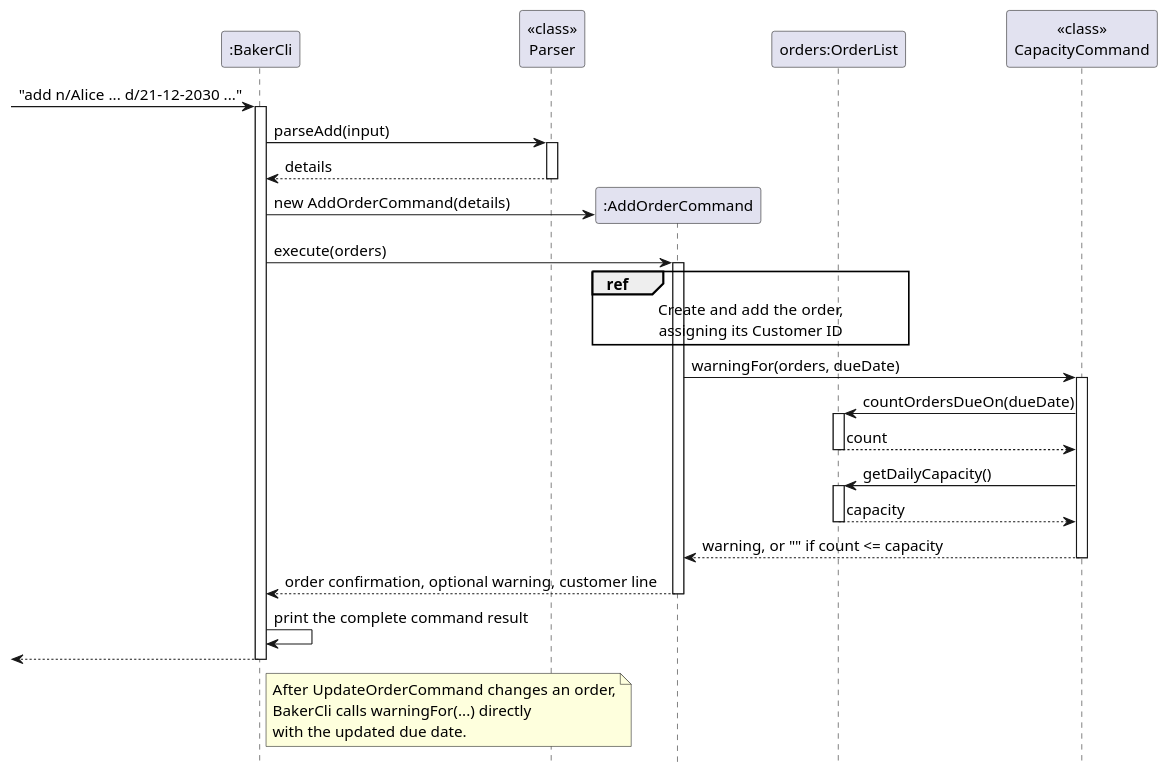
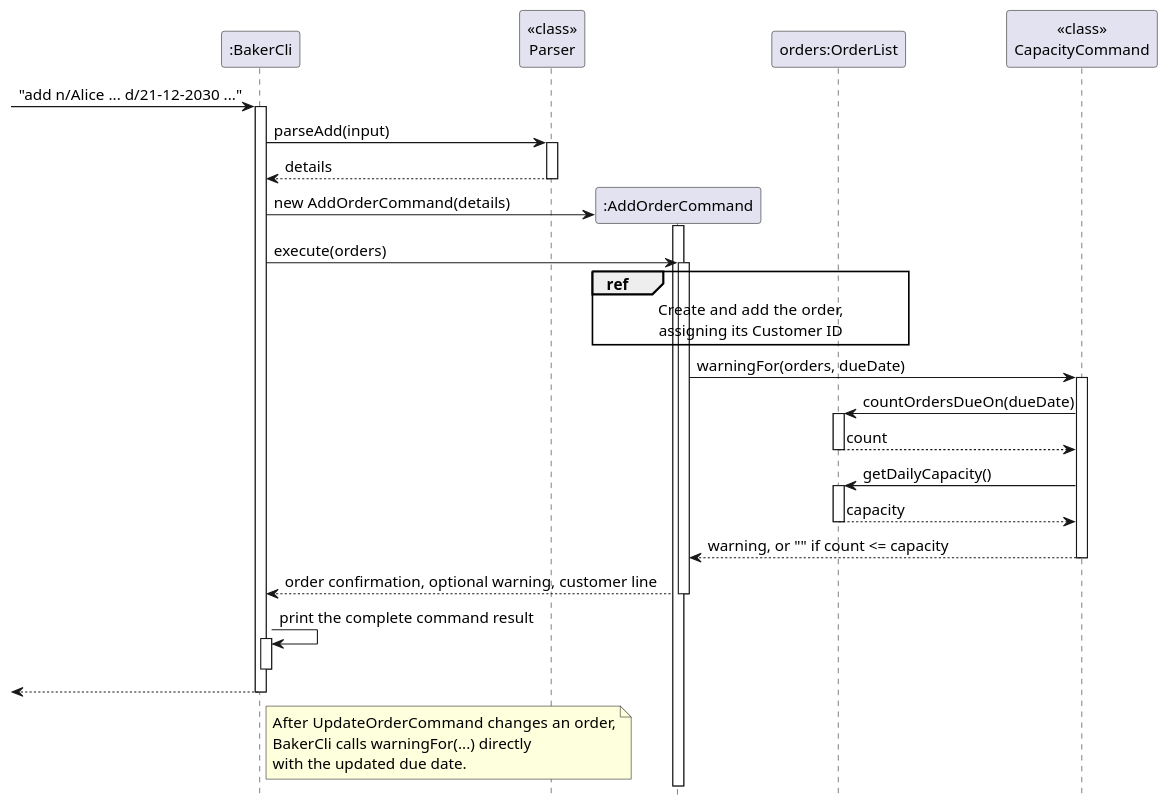
One commit to AY2627S1-CS2113-W12-1/tp changed the diagram in docs/diagrams/CapacitySequence.puml. Above: the diagram before and after it, drawn with PlantUML. The commit also changed 18 other files, not shown here.

First line of the commit message:
Fix DG sequence diagrams

```diff
--- a/docs/diagrams/CapacitySequence.puml
+++ b/docs/diagrams/CapacitySequence.puml
@@ -1,47 +1,53 @@
 @startuml
+' Original diagram and capacity implementation: Kaishhhh.
+' AddOrderCommand integration and activation revisions: Eethanzyj.
 skinparam shadowing false
 skinparam defaultFontSize 14
 hide footbox
 
 participant ":BakerCli" as Cli
 participant "<<class>>\nParser" as Parser
 participant ":AddOrderCommand" as Add
 participant "orders:OrderList" as Orders
 participant "<<class>>\nCapacityCommand" as Cap
 
 [-> Cli : "add n/Alice ... d/21-12-2030 ..."
 activate Cli
 Cli -> Parser : parseAdd(input)
 activate Parser
 Parser --> Cli : details
 deactivate Parser
 create Add
 Cli -> Add : new AddOrderCommand(details)
+activate Add
+deactivate Add
 Cli -> Add : execute(orders)
 activate Add
 ref over Add, Orders : Create and add the order,\nassigning its Customer ID
 Add -> Cap : warningFor(orders, dueDate)
 activate Cap
 Cap -> Orders : countOrdersDueOn(dueDate)
 activate Orders
 Orders --> Cap : count
 deactivate Orders
 Cap -> Orders : getDailyCapacity()
 activate Orders
 Orders --> Cap : capacity
 deactivate Orders
 Cap --> Add : warning, or "" if count <= capacity
 deactivate Cap
 Add --> Cli : order confirmation, optional warning, customer line
 deactivate Add
 
 Cli -> Cli : print the complete command result
+activate Cli
+deactivate Cli
 [<-- Cli
 deactivate Cli
 
 note right of Cli
   After UpdateOrderCommand changes an order,
   BakerCli calls warningFor(...) directly
   with the updated due date.
 end note
 @enduml
```
